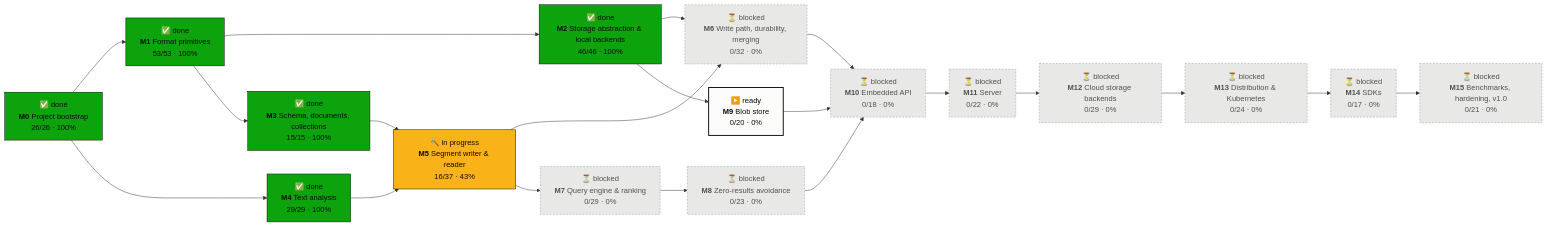
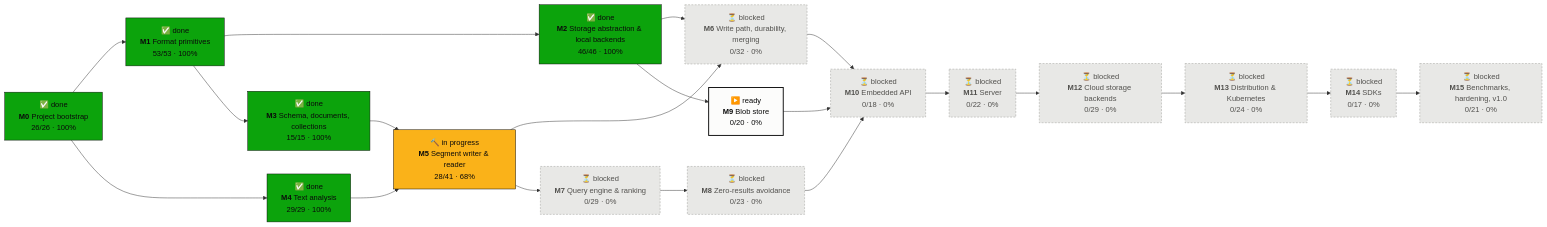
The first of 2 diagrams in PROGRESS.md (tomiok/persiaDB), drawn with Mermaid before and after one commit. The commit also changed other lines of this file and 2 other files, not shown here.

Commit message:
chore(roadmap): 5.3 done; follow-ups 5.3.10-5.3.13, 5.4.1 scope

````diff
--- a/PROGRESS.md
+++ b/PROGRESS.md
@@ -16,42 +16,42 @@
 ```mermaid
 flowchart LR
   M0["✅ done<br/><b>M0</b> Project bootstrap<br/>26/26 · 100%"]:::done
   M1["✅ done<br/><b>M1</b> Format primitives<br/>53/53 · 100%"]:::done
   M2["✅ done<br/><b>M2</b> Storage abstraction & local backends<br/>46/46 · 100%"]:::done
   M3["✅ done<br/><b>M3</b> Schema, documents, collections<br/>15/15 · 100%"]:::done
   M4["✅ done<br/><b>M4</b> Text analysis<br/>29/29 · 100%"]:::done
-  M5["🔨 in progress<br/><b>M5</b> Segment writer & reader<br/>16/37 · 43%"]:::doing
+  M5["🔨 in progress<br/><b>M5</b> Segment writer & reader<br/>28/41 · 68%"]:::doing
   M6["⏳ blocked<br/><b>M6</b> Write path, durability, merging<br/>0/32 · 0%"]:::blocked
   M7["⏳ blocked<br/><b>M7</b> Query engine & ranking<br/>0/29 · 0%"]:::blocked
   M8["⏳ blocked<br/><b>M8</b> Zero-results avoidance<br/>0/23 · 0%"]:::blocked
   M9["▶️ ready<br/><b>M9</b> Blob store<br/>0/20 · 0%"]:::ready
   M10["⏳ blocked<br/><b>M10</b> Embedded API<br/>0/18 · 0%"]:::blocked
   M11["⏳ blocked<br/><b>M11</b> Server<br/>0/22 · 0%"]:::blocked
   M12["⏳ blocked<br/><b>M12</b> Cloud storage backends<br/>0/29 · 0%"]:::blocked
   M13["⏳ blocked<br/><b>M13</b> Distribution & Kubernetes<br/>0/24 · 0%"]:::blocked
   M14["⏳ blocked<br/><b>M14</b> SDKs<br/>0/17 · 0%"]:::blocked
   M15["⏳ blocked<br/><b>M15</b> Benchmarks, hardening, v1.0<br/>0/21 · 0%"]:::blocked
   M0 --> M1
   M1 --> M2
   M1 --> M3
   M0 --> M4
   M3 --> M5
   M4 --> M5
   M2 --> M6
   M5 --> M6
   M5 --> M7
   M7 --> M8
   M2 --> M9
   M6 --> M10
   M8 --> M10
   M9 --> M10
   M10 --> M11
   M11 --> M12
   M12 --> M13
   M13 --> M14
   M14 --> M15
   classDef done fill:#0ca30c,stroke:#0b0b0b,color:#0b0b0b
   classDef doing fill:#fab219,stroke:#0b0b0b,color:#0b0b0b
   classDef ready fill:#fcfcfb,stroke:#0b0b0b,stroke-width:2px,color:#0b0b0b
   classDef blocked fill:#e8e8e6,stroke:#9a9a96,stroke-dasharray:4 3,color:#52514e
 ```
````
